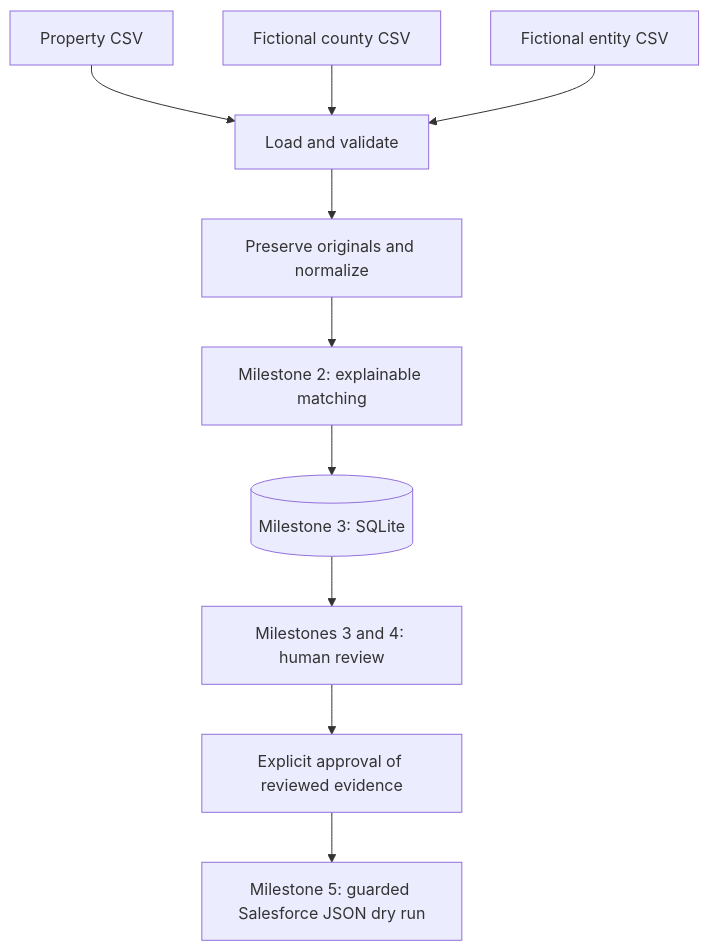
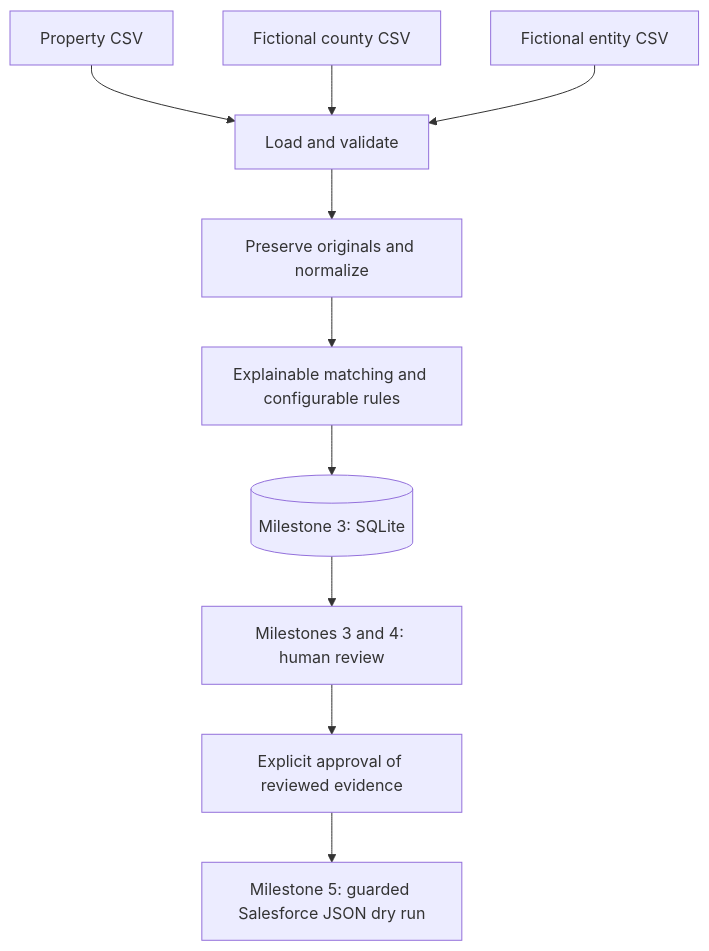
Before and after one commit to templeanderson/ownership-intelligence: the diagram in README.md, drawn with Mermaid. The commit also changed other lines of this file and 13 other files, not shown here.

````diff
--- a/README.md
+++ b/README.md
@@ -82,12 +127,12 @@
 ```mermaid
 flowchart TD
     P[Property CSV] --> I[Load and validate]
     C[Fictional county CSV] --> I
     E[Fictional entity CSV] --> I
     I --> N[Preserve originals and normalize]
-    N --> M[Milestone 2: explainable matching]
+    N --> M[Explainable matching and configurable rules]
     M --> DB[(Milestone 3: SQLite)]
     DB --> R[Milestones 3 and 4: human review]
     R --> A[Explicit approval of reviewed evidence]
     A --> X[Milestone 5: guarded Salesforce JSON dry run]
 ```
````
